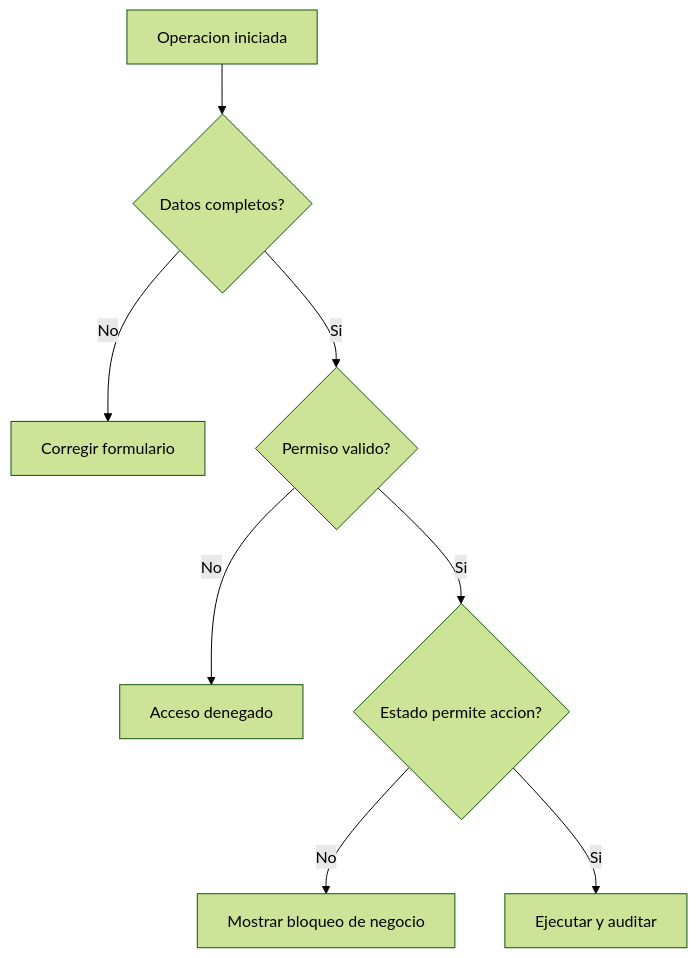
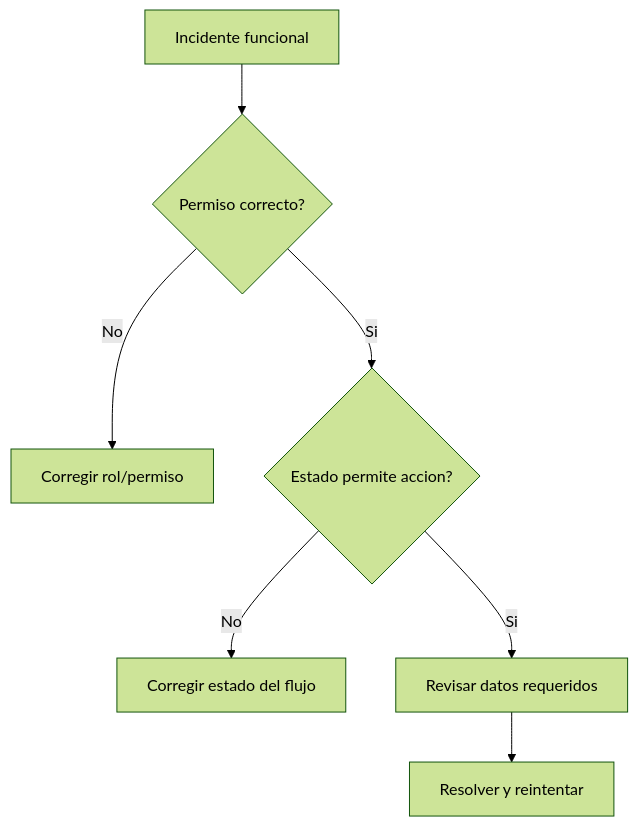
One commit to Robertoart13/NewKipital changed the diagram in docs/13-manual-usuario/08-FLUJOS-CRITICOS-Y-ESCENARIOS.md. Above: the diagram before and after it, drawn with Mermaid (forest theme). The commit also changed other lines of this file and 37 other files, not shown here.

````diff
--- a/docs/13-manual-usuario/08-FLUJOS-CRITICOS-Y-ESCENARIOS.md
+++ b/docs/13-manual-usuario/08-FLUJOS-CRITICOS-Y-ESCENARIOS.md
@@ -44,10 +53,9 @@
 ```mermaid
 flowchart TD
-  A[Operacion iniciada] --> B{Datos completos?}
-  B -- No --> C[Corregir formulario]
-  B -- Si --> D{Permiso valido?}
-  D -- No --> E[Acceso denegado]
-  D -- Si --> F{Estado permite accion?}
-  F -- No --> G[Mostrar bloqueo de negocio]
-  F -- Si --> H[Ejecutar y auditar]
+  A[Incidente funcional] --> B{Permiso correcto?}
+  B -- No --> C[Corregir rol/permiso]
+  B -- Si --> D{Estado permite accion?}
+  D -- No --> E[Corregir estado del flujo]
+  D -- Si --> F[Revisar datos requeridos]
+  F --> G[Resolver y reintentar]
 ```
````
